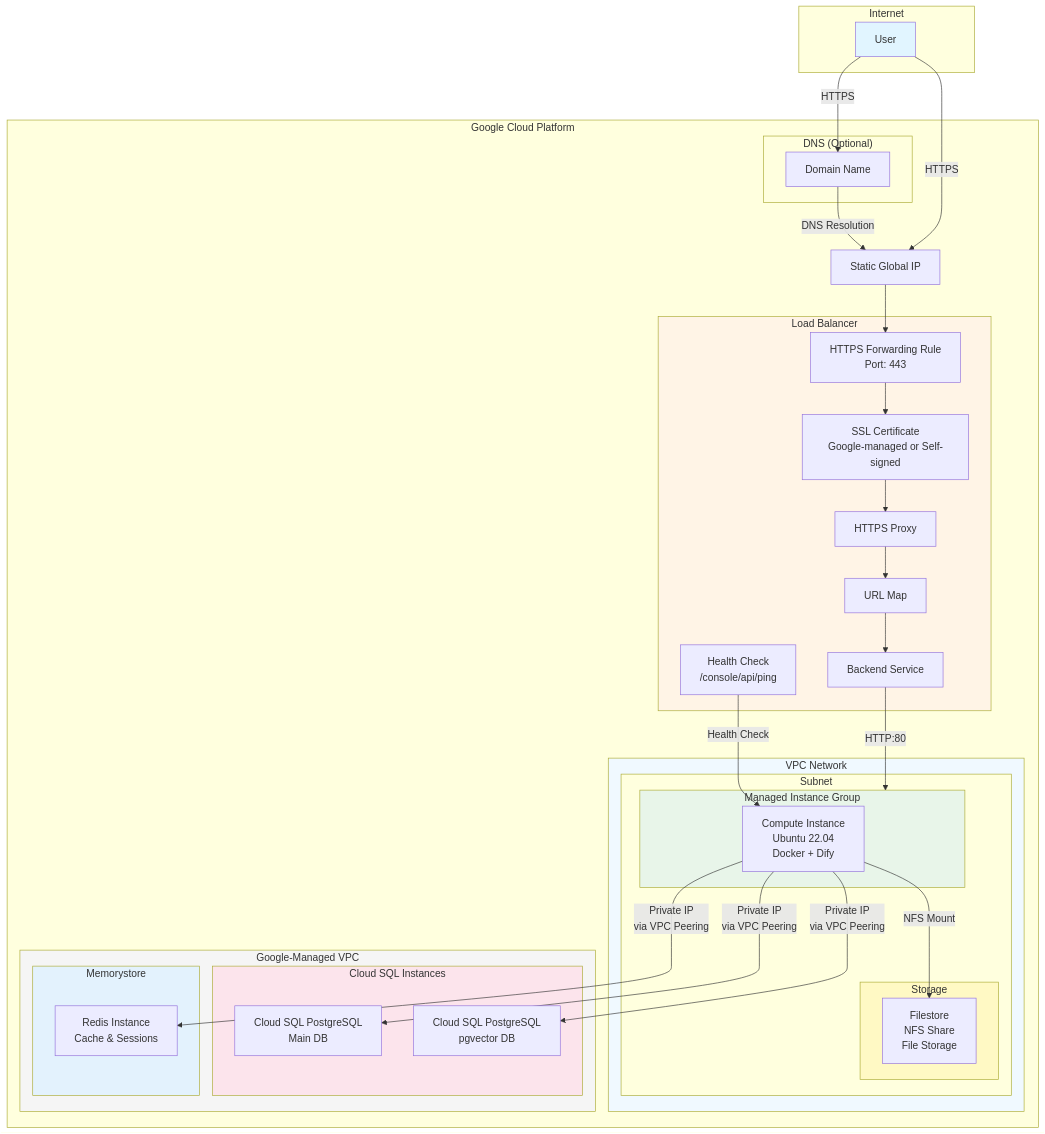
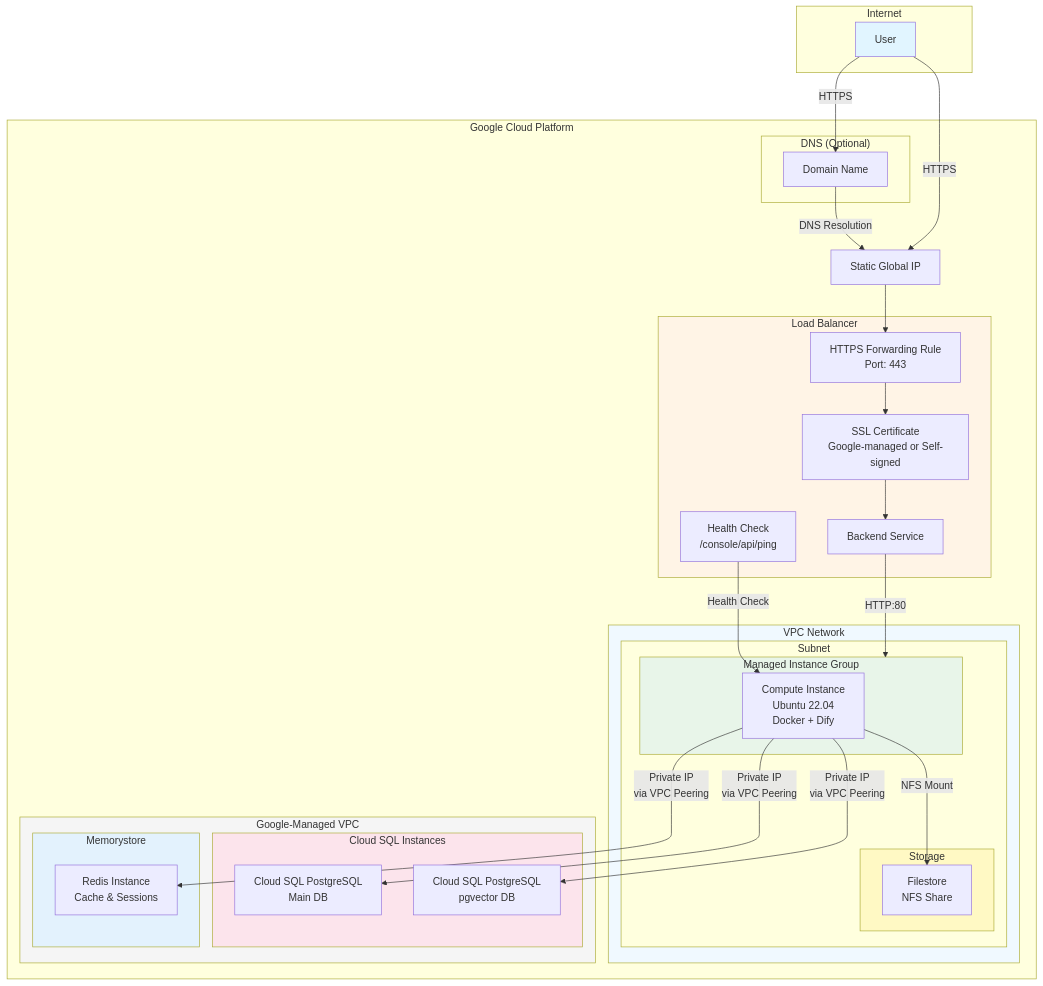
The diagram in README.md (IMOKURI/dify-on-google-cloud), drawn with Mermaid before and after one commit. The commit also changed other lines of this file, not shown here.

````diff
--- a/README.md
+++ b/README.md
@@ -78,71 +78,67 @@
 ```mermaid
 graph TB
     subgraph Internet["Internet"]
         User[User]
     end
 
     subgraph GCP["Google Cloud Platform"]
         subgraph DNS["DNS (Optional)"]
             Domain[Domain Name]
         end
 
         LB_IP[Static Global IP]
 
         subgraph LB["Load Balancer"]
             HTTPS[HTTPS Forwarding Rule<br/>Port: 443]
             SSL[SSL Certificate<br/>Google-managed or Self-signed]
-            Proxy[HTTPS Proxy]
-            URLMap[URL Map]
             Backend[Backend Service]
             HC[Health Check<br/>/console/api/ping]
         end
 
         subgraph VPC["VPC Network"]
             subgraph Subnet["Subnet"]
                 subgraph MIG["Managed Instance Group"]
                     Instance[Compute Instance<br/>Ubuntu 22.04<br/>Docker + Dify]
                 end
 
                 subgraph Storage["Storage"]
-                    FS[Filestore<br/>NFS Share<br/>File Storage]
+                    FS[Filestore<br/>NFS Share]
                 end
             end
         end
 
         subgraph GoogleManaged["Google-Managed VPC"]
             subgraph Database["Cloud SQL Instances"]
                 SQL1[Cloud SQL PostgreSQL<br/>Main DB]
                 SQL2[Cloud SQL PostgreSQL<br/>pgvector DB]
             end
 
             subgraph Cache["Memorystore"]
                 REDIS[Redis Instance<br/>Cache & Sessions]
             end
         end
     end
 
     User -->|HTTPS| Domain
     Domain -->|DNS Resolution| LB_IP
     User -->|HTTPS| LB_IP
     LB_IP --> HTTPS
     HTTPS --> SSL
-    SSL --> Proxy
-    Proxy --> URLMap
-    URLMap --> Backend
+    SSL --> Backend
     Backend -->|HTTP:80| MIG
     HC -->|Health Check| Instance
 
     Instance -->|NFS Mount| FS
     Instance -->|Private IP<br/>via VPC Peering| SQL1
     Instance -->|Private IP<br/>via VPC Peering| SQL2
     Instance -->|Private IP<br/>via VPC Peering| REDIS
 
     style User fill:#e1f5ff
     style LB fill:#fff4e6
     style VPC fill:#f0f9ff
     style MIG fill:#e8f5e9
     style Database fill:#fce4ec
     style Cache fill:#e3f2fd
     style GoogleManaged fill:#f5f5f5
     style Storage fill:#fff9c4
 ```
````
